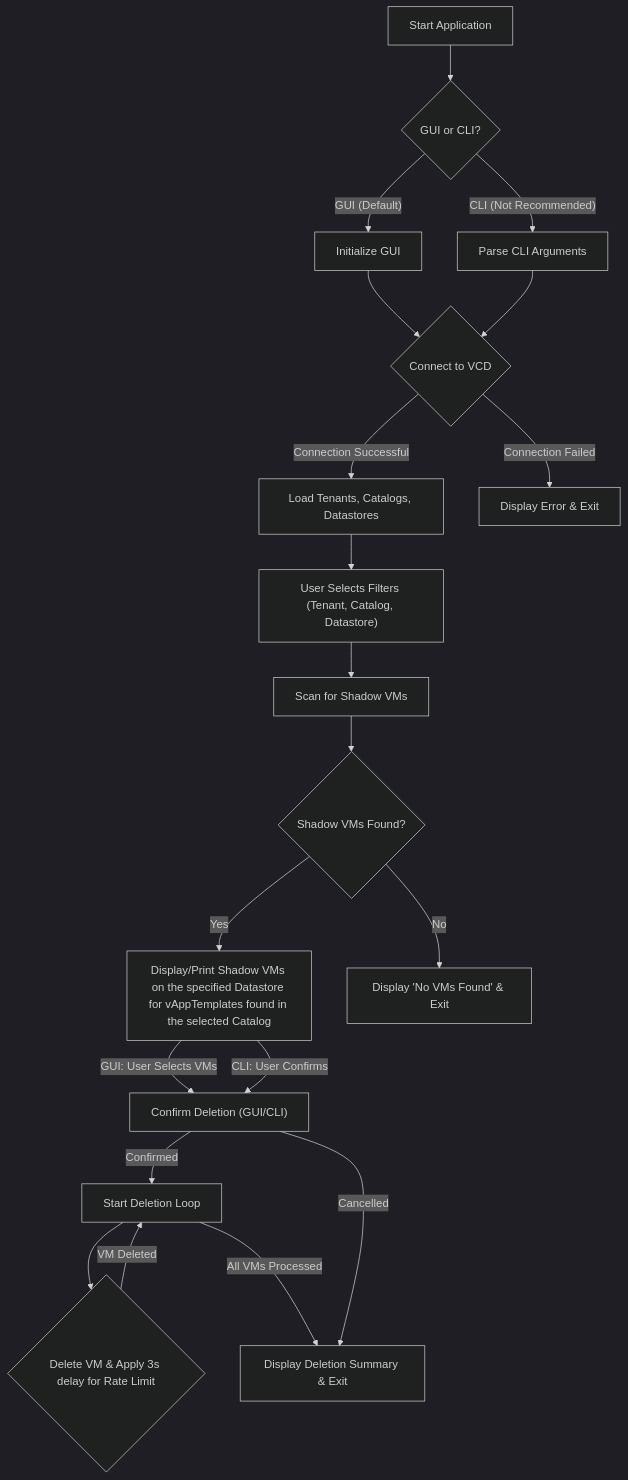
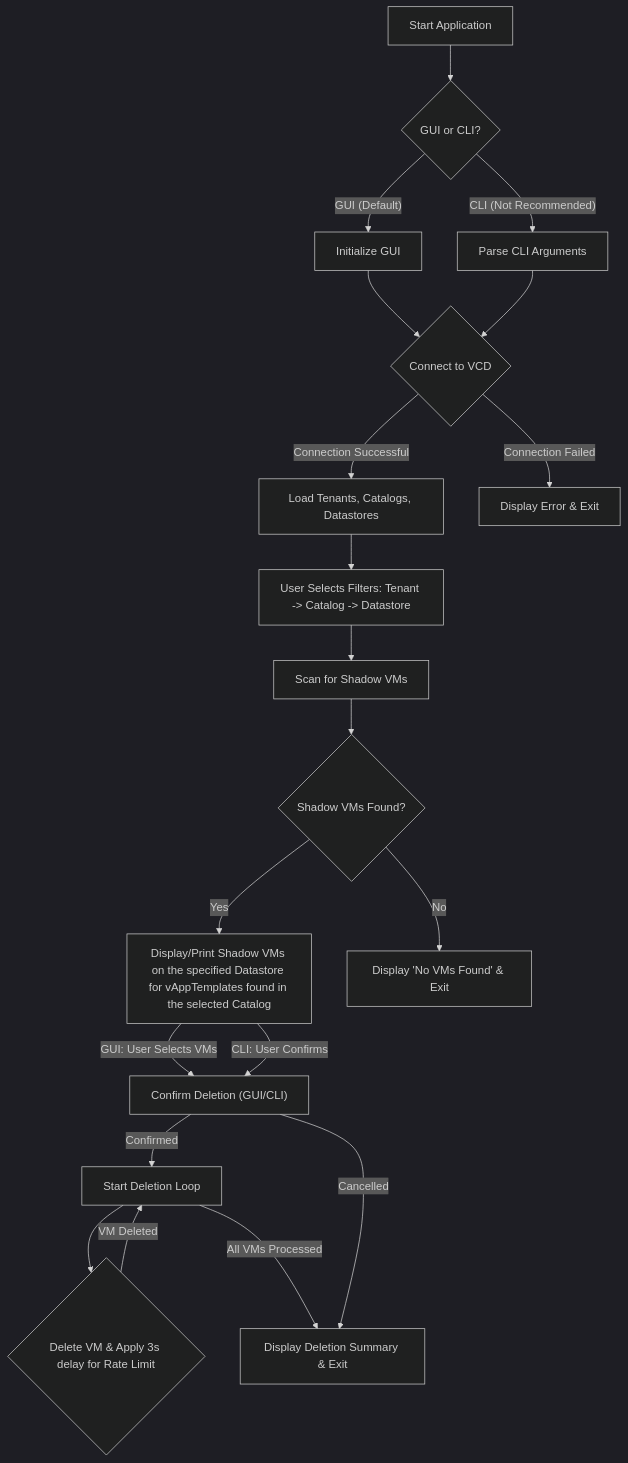
One commit to burkeazbill/vcd-shadow-cleaner changed the diagram in README.md. Above: the diagram before and after it, drawn with Mermaid (dark theme).

Commit message:
Update mermaid diagram

````diff
--- a/README.md
+++ b/README.md
@@ -99,22 +99,22 @@
 ```mermaid
 graph TD
     A[Start Application] --> B{GUI or CLI?};
     B -- GUI (Default) --> C[Initialize GUI];
     B -- CLI (Not Recommended) --> D[Parse CLI Arguments];
     C --> E{Connect to VCD};
     D --> E;
     E -- Connection Successful --> F[Load Tenants, Catalogs, Datastores];
     E -- Connection Failed --> G[Display Error & Exit];
-    F --> H["User Selects Filters (Tenant, Catalog, Datastore)"];
+    F --> H[User Selects Filters: Tenant -> Catalog -> Datastore];
     H --> I[Scan for Shadow VMs];
     I --> J{Shadow VMs Found?};
     J -- Yes --> K[Display/Print Shadow VMs on the specified Datastore for vAppTemplates found in the selected Catalog];
     J -- No --> L[Display 'No VMs Found' & Exit];
     K -- GUI: User Selects VMs --> M["Confirm Deletion (GUI/CLI)"];
     K -- CLI: User Confirms --> M;
     M -- Confirmed --> N[Start Deletion Loop];
     N --> O{Delete VM & Apply 3s delay for Rate Limit};
     O -- VM Deleted --> N;
     N -- All VMs Processed --> P[Display Deletion Summary & Exit];
     M -- Cancelled --> P;
 ```
````
